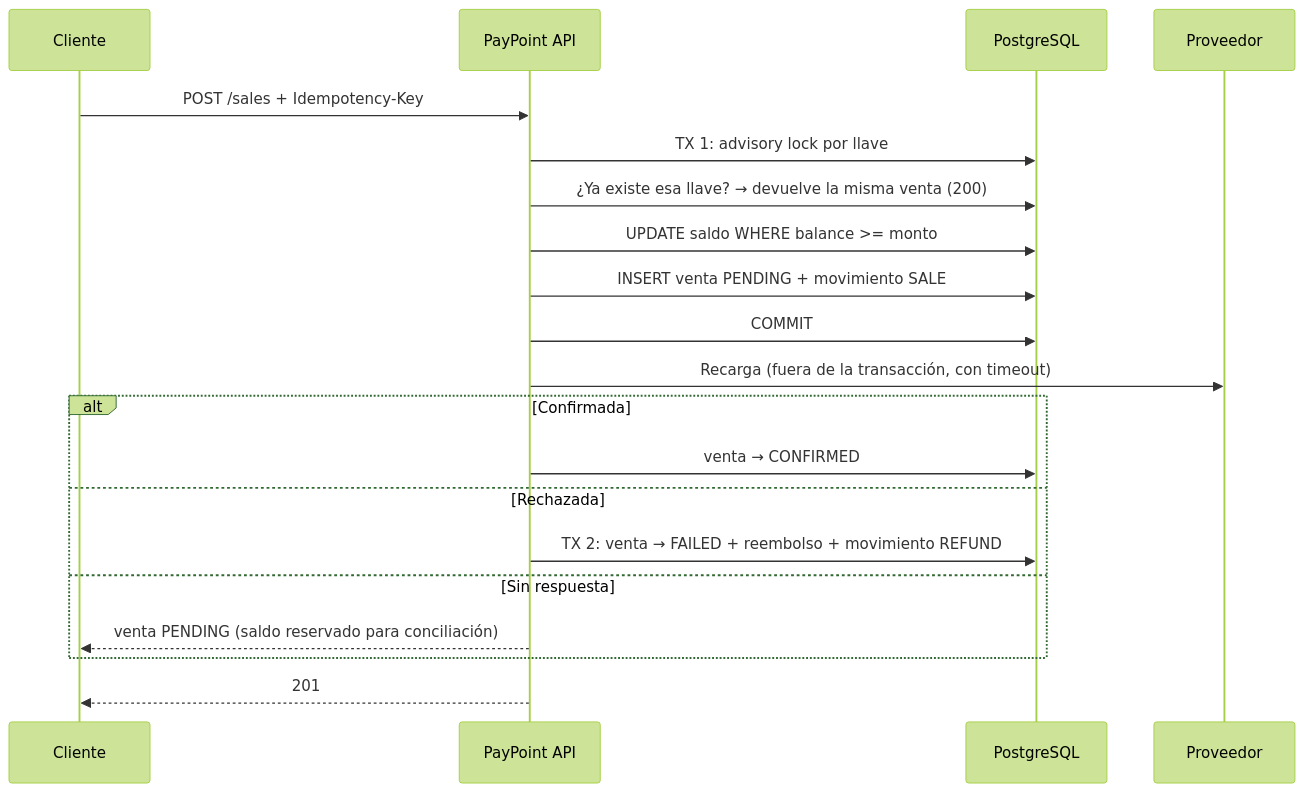
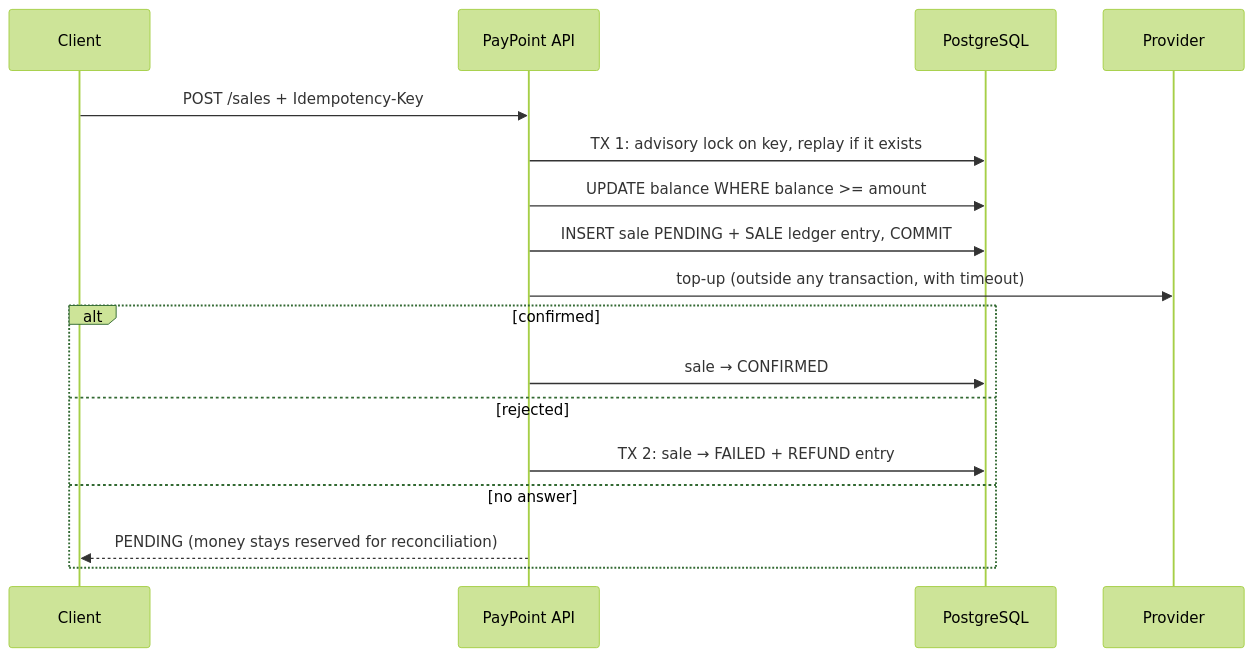
The second of 2 diagrams in README.md (vzuliani97/paypoint), drawn with Mermaid (forest theme) before and after one commit. The commit also changed other lines of this file, not shown here.

````diff
--- a/README.md
+++ b/README.md
@@ -42,22 +42,19 @@
 ```mermaid
 sequenceDiagram
-  participant C as Cliente
+  participant C as Client
   participant API as PayPoint API
   participant DB as PostgreSQL
-  participant P as Proveedor
+  participant P as Provider
   C->>API: POST /sales + Idempotency-Key
-  API->>DB: TX 1: advisory lock por llave
-  API->>DB: ¿Ya existe esa llave? → devuelve la misma venta (200)
-  API->>DB: UPDATE saldo WHERE balance >= monto
-  API->>DB: INSERT venta PENDING + movimiento SALE
-  API->>DB: COMMIT
-  API->>P: Recarga (fuera de la transacción, con timeout)
-  alt Confirmada
-    API->>DB: venta → CONFIRMED
-  else Rechazada
-    API->>DB: TX 2: venta → FAILED + reembolso + movimiento REFUND
-  else Sin respuesta
-    API-->>C: venta PENDING (saldo reservado para conciliación)
+  API->>DB: TX 1: advisory lock on key, replay if it exists
+  API->>DB: UPDATE balance WHERE balance >= amount
+  API->>DB: INSERT sale PENDING + SALE ledger entry, COMMIT
+  API->>P: top-up (outside any transaction, with timeout)
+  alt confirmed
+    API->>DB: sale → CONFIRMED
+  else rejected
+    API->>DB: TX 2: sale → FAILED + REFUND entry
+  else no answer
+    API-->>C: PENDING (money stays reserved for reconciliation)
   end
-  API-->>C: 201
 ```
````
